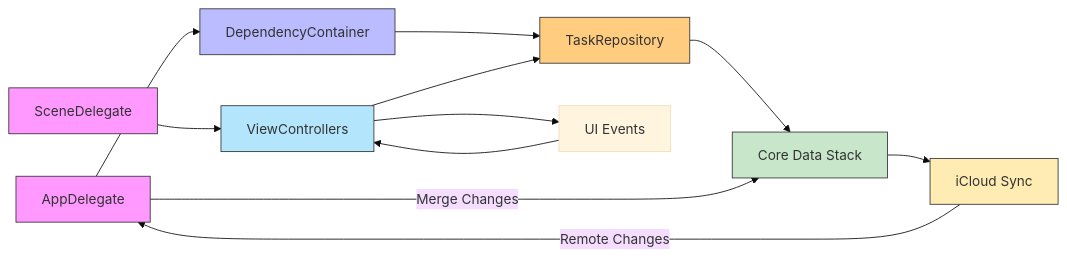
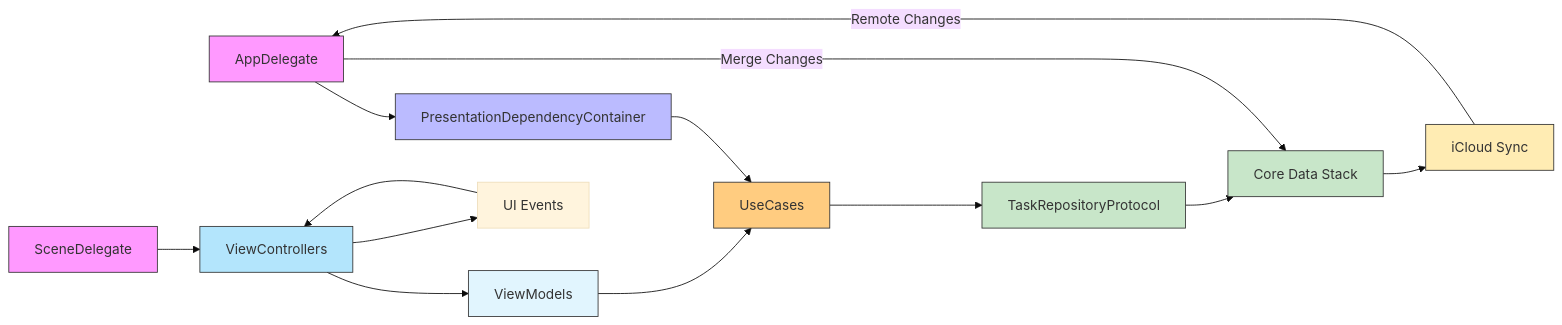
One commit to Saransh-Sharma/Tasker changed the second of 4 diagrams in .qoder/repowiki/en/content/Technical Architecture/Technical Architecture.md. Above: the diagram before and after it, drawn with Mermaid (base theme). The commit also changed other lines of this file and 115 other files, not shown here.

````diff
--- a/.qoder/repowiki/en/content/Technical Architecture/Technical Architecture.md
+++ b/.qoder/repowiki/en/content/Technical Architecture/Technical Architecture.md
@@ -70,20 +96,24 @@
 ```mermaid
 graph LR
-A[AppDelegate] --> B[DependencyContainer]
-B --> C[TaskRepository]
-C --> D[Core Data Stack]
-D --> E[iCloud Sync]
-F[SceneDelegate] --> G[ViewControllers]
-G --> C
-H[UI Events] --> G
-G --> H
-E --> |Remote Changes| A
-A --> |Merge Changes| D
+A[AppDelegate] --> B[PresentationDependencyContainer]
+B --> C[UseCases]
+C --> D[TaskRepositoryProtocol]
+D --> E[Core Data Stack]
+E --> F[iCloud Sync]
+G[SceneDelegate] --> H[ViewControllers]
+H --> I[ViewModels]
+I --> C
+J[UI Events] --> H
+H --> J
+F --> |Remote Changes| A
+A --> |Merge Changes| E
 style A fill:#f9f,stroke:#333
 style B fill:#bbf,stroke:#333
 style C fill:#ffcc80,stroke:#333
 style D fill:#c8e6c9,stroke:#333
-style E fill:#ffecb3,stroke:#333
-style F fill:#f9f,stroke:#333
-style G fill:#b3e5fc,stroke:#333
+style E fill:#c8e6c9,stroke:#333
+style F fill:#ffecb3,stroke:#333
+style G fill:#f9f,stroke:#333
+style H fill:#b3e5fc,stroke:#333
+style I fill:#e1f5fe,stroke:#333
 ```
````
